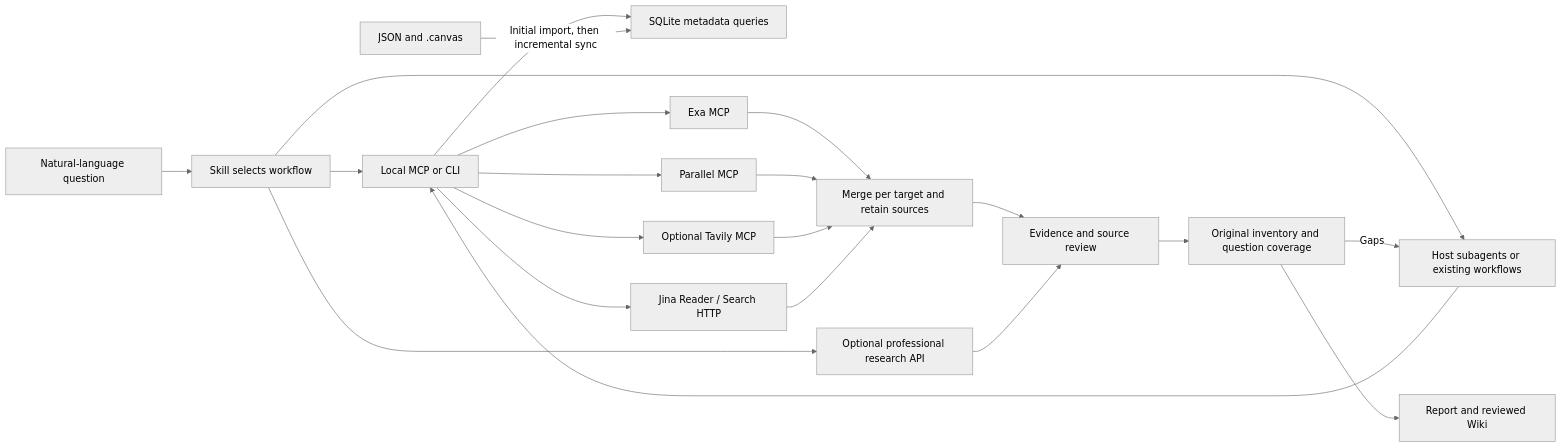
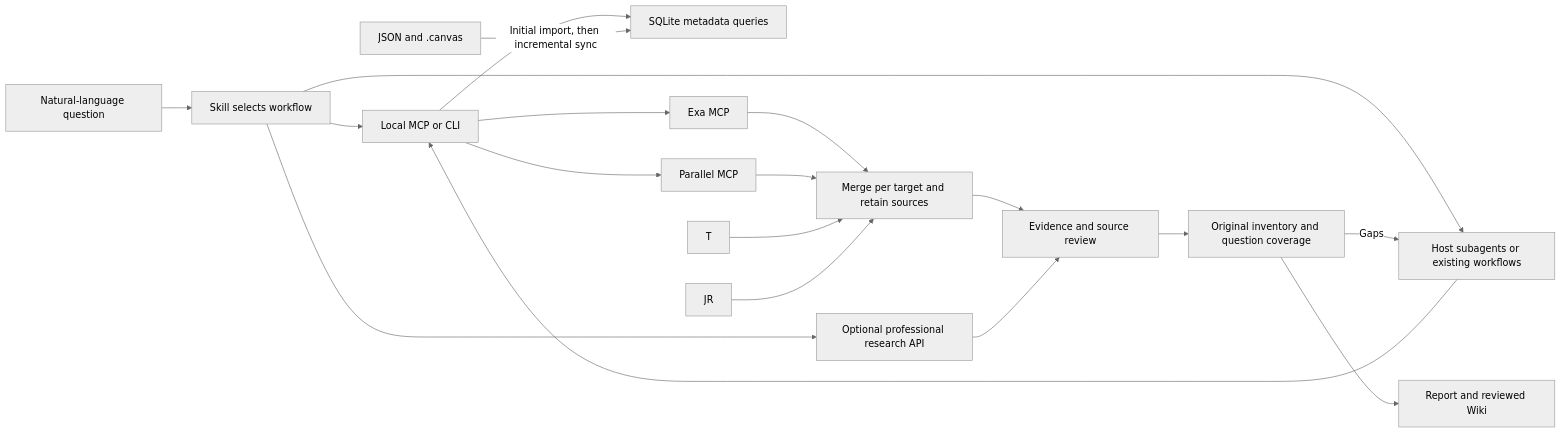
Before and after one commit to Browser-bookmark-hub/Bookmark-Research: the diagram in docs/details.en.md, drawn with Mermaid (neutral theme). The commit also changed other lines of this file and 100 other files, not shown here.

````diff
--- a/docs/details.en.md
+++ b/docs/details.en.md
@@ -41,23 +41,21 @@
 ```mermaid
 flowchart LR
   U[Natural-language question] --> S[Skill selects workflow]
   S --> M[Local MCP or CLI]
   M --> Q[SQLite metadata queries]
   J[JSON and .canvas] -->|Initial import, then incremental sync| Q
   M --> E[Exa MCP]
   M --> P[Parallel MCP]
-  M --> T[Optional Tavily MCP]
-  M --> JR[Jina Reader / Search HTTP]
   E --> R[Merge per target and retain sources]
   P --> R
   T --> R
   JR --> R
   S --> H[Host subagents or existing workflows]
   S --> A[Optional professional research API]
   H --> M
   R --> D[Evidence and source review]
   A --> D
   D --> C[Original inventory and question coverage]
   C -->|Gaps| H
   C --> L[Report and reviewed Wiki]
 ```
````
